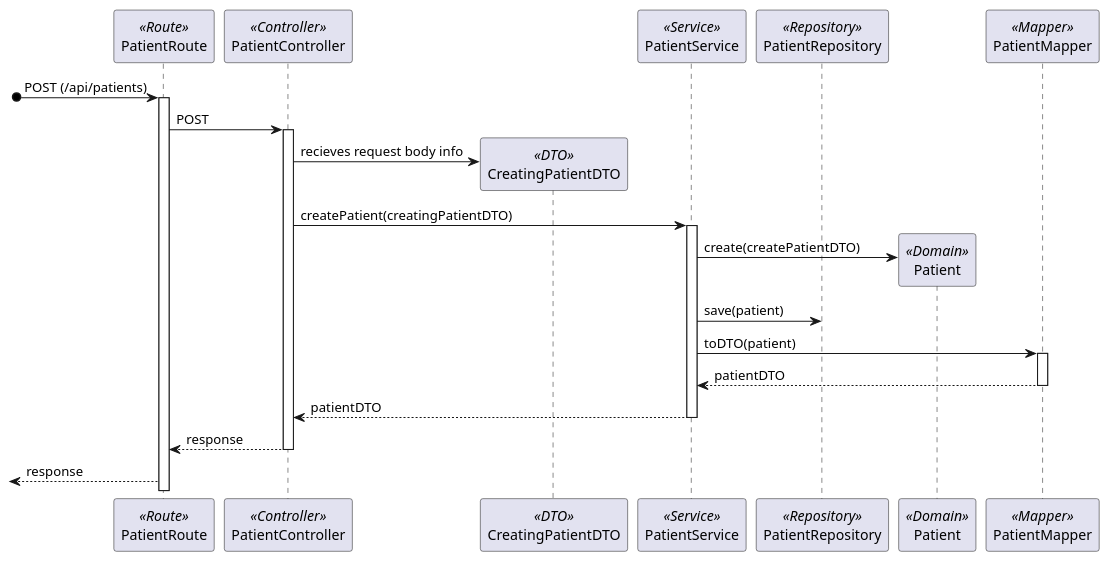
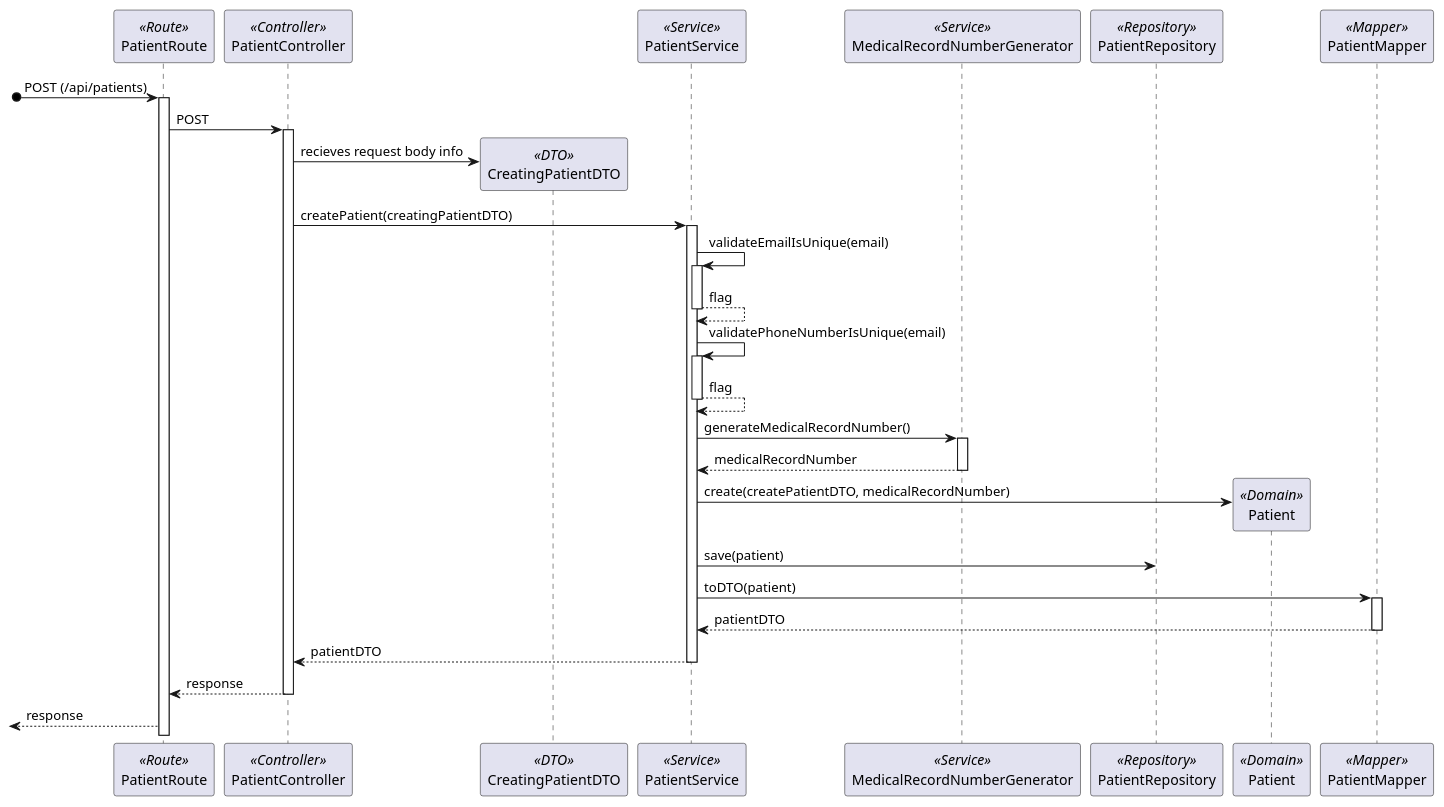
Before and after one commit to Rodrick0209/ISEP-SEM5PI-24-25: the diagram in docs/Sprint_1/US_5.1.8/L3/Process_View.puml, drawn with PlantUML. The commit also changed 1 other file, not shown here.

```diff
--- a/docs/Sprint_1/US_5.1.8/L3/Process_View.puml
+++ b/docs/Sprint_1/US_5.1.8/L3/Process_View.puml
@@ -2,27 +2,37 @@
 @startuml Process_View
 participant PatientRoute as Route <<Route>>
 participant PatientController as Controller <<Controller>>
 participant CreatingPatientDTO as DTO <<DTO>>
 participant PatientService as Service <<Service>>
+participant MedicalRecordNumberGenerator as MedicalRecordNumberGenerator <<Service>>
 participant PatientRepository as Repository <<Repository>>
 participant Patient as Domain <<Domain>>
 participant PatientMapper as Mapper <<Mapper>>
 [o-> Route: POST (/api/patients)
 activate Route
 Route -> Controller : POST
 activate Controller
 Controller -> DTO** : recieves request body info
 Controller -> Service : createPatient(creatingPatientDTO)
 activate Service
-Service -> Domain** : create(createPatientDTO)
+Service -> Service : validateEmailIsUnique(email)
+activate Service
+return flag
+Service -> Service : validatePhoneNumberIsUnique(email)
+activate Service
+return flag
+Service -> MedicalRecordNumberGenerator : generateMedicalRecordNumber()
+activate MedicalRecordNumberGenerator
+return medicalRecordNumber
+Service -> Domain** : create(createPatientDTO, medicalRecordNumber)
 Service -> Repository : save(patient)
 Service -> Mapper : toDTO(patient)
 activate Mapper
 return patientDTO
 Service --> Controller : patientDTO
 deactivate Service
 Controller --> Route : response
 deactivate Controller
 <-- Route : response
 
 @enduml
```
